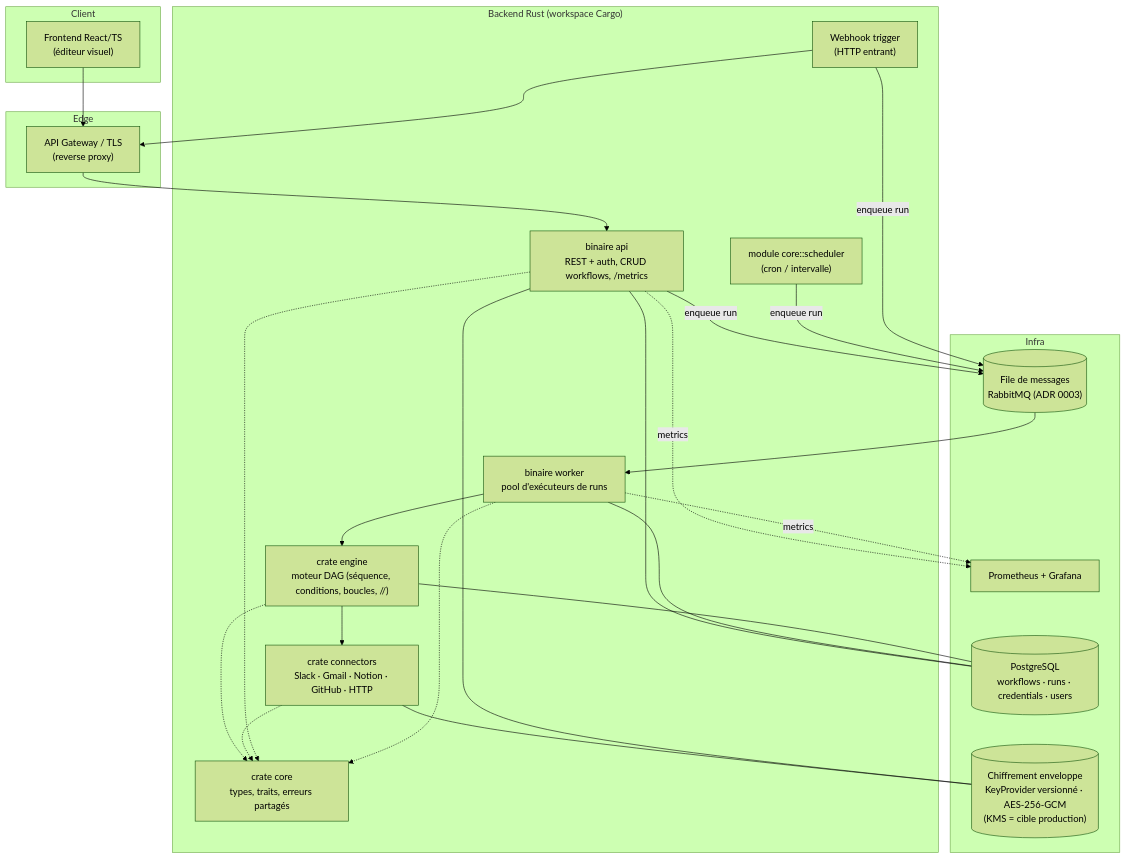
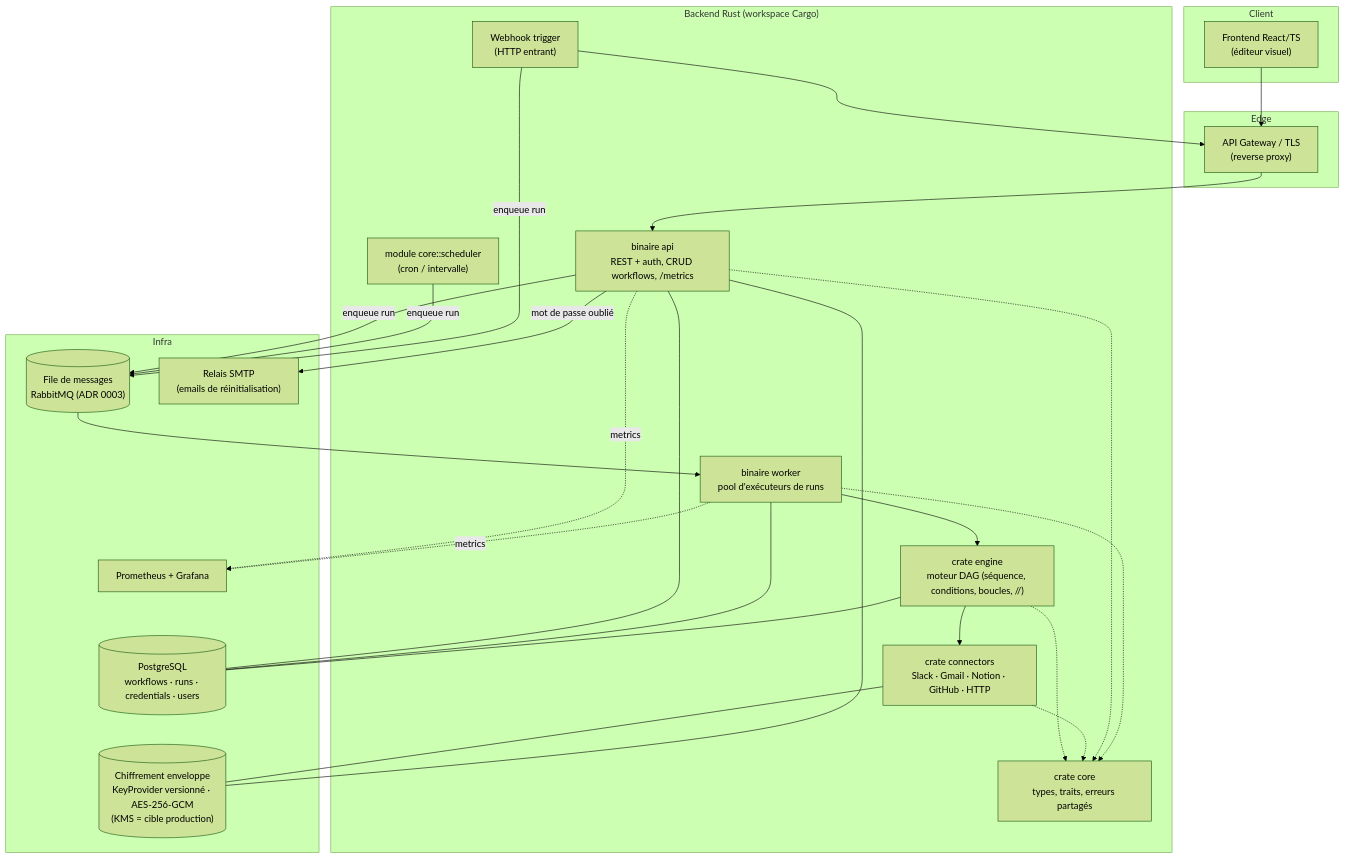
The first of 5 diagrams in docs/ARCHITECTURE.md (TheDarkMac/autome), drawn with Mermaid (forest theme) before and after one commit. The commit also changed other lines of this file and 3 other files, not shown here.

Commit message:
docs(auth): mot de passe oublié — guide, variables SMTP, k8s et architecture [backlog-password-reset]

````diff
--- a/docs/ARCHITECTURE.md
+++ b/docs/ARCHITECTURE.md
@@ -45,46 +45,48 @@
 ```mermaid
 flowchart TB
   subgraph Client
     UI["Frontend React/TS<br/>(éditeur visuel)"]
   end
 
   subgraph Edge
     GW["API Gateway / TLS<br/>(reverse proxy)"]
   end
 
   subgraph Backend["Backend Rust (workspace Cargo)"]
     API["binaire api<br/>REST + auth, CRUD workflows, /metrics"]
     SCHED["module core::scheduler<br/>(cron / intervalle)"]
     WHK["Webhook trigger<br/>(HTTP entrant)"]
     WK["binaire worker<br/>pool d'exécuteurs de runs"]
     ENG["crate engine<br/>moteur DAG (séquence, conditions, boucles, //)"]
     CONN["crate connectors<br/>Slack · Gmail · Notion · GitHub · HTTP"]
     CORE["crate core<br/>types, traits, erreurs partagés"]
   end
 
   subgraph Infra
     Q[("File de messages<br/>RabbitMQ (ADR 0003)")]
     DB[("PostgreSQL<br/>workflows · runs · credentials · users")]
     SEC[("Chiffrement enveloppe<br/>KeyProvider versionné · AES-256-GCM<br/>(KMS = cible production)")]
     OBS["Prometheus + Grafana"]
+    SMTP["Relais SMTP<br/>(emails de réinitialisation)"]
   end
 
   UI --> GW --> API
   WHK --> GW
   API -->|enqueue run| Q
   SCHED -->|enqueue run| Q
   WHK -->|enqueue run| Q
   Q --> WK
   WK --> ENG
   ENG --> CONN
   API --- DB
   WK --- DB
   ENG --- DB
   CONN --- SEC
   API --- SEC
+  API -->|mot de passe oublié| SMTP
   API & WK -.metrics.-> OBS
   ENG -.-> CORE
   CONN -.-> CORE
   API -.-> CORE
   WK -.-> CORE
 ```
````
